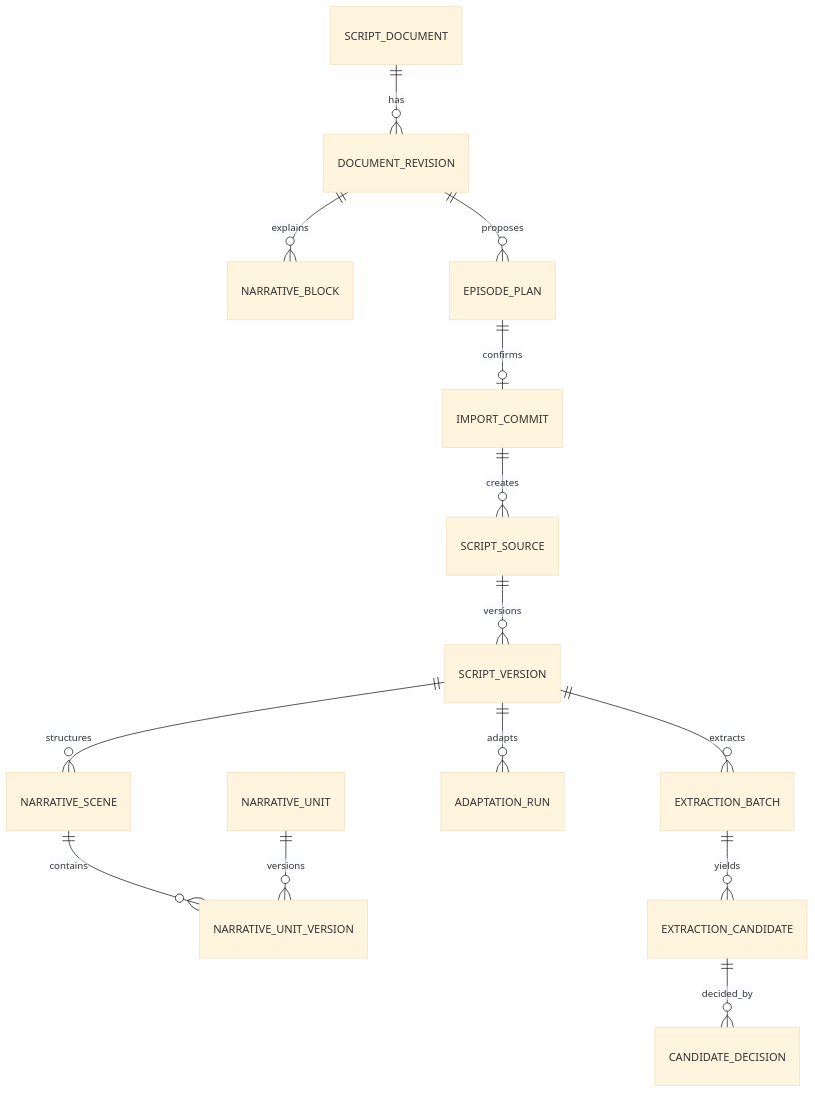
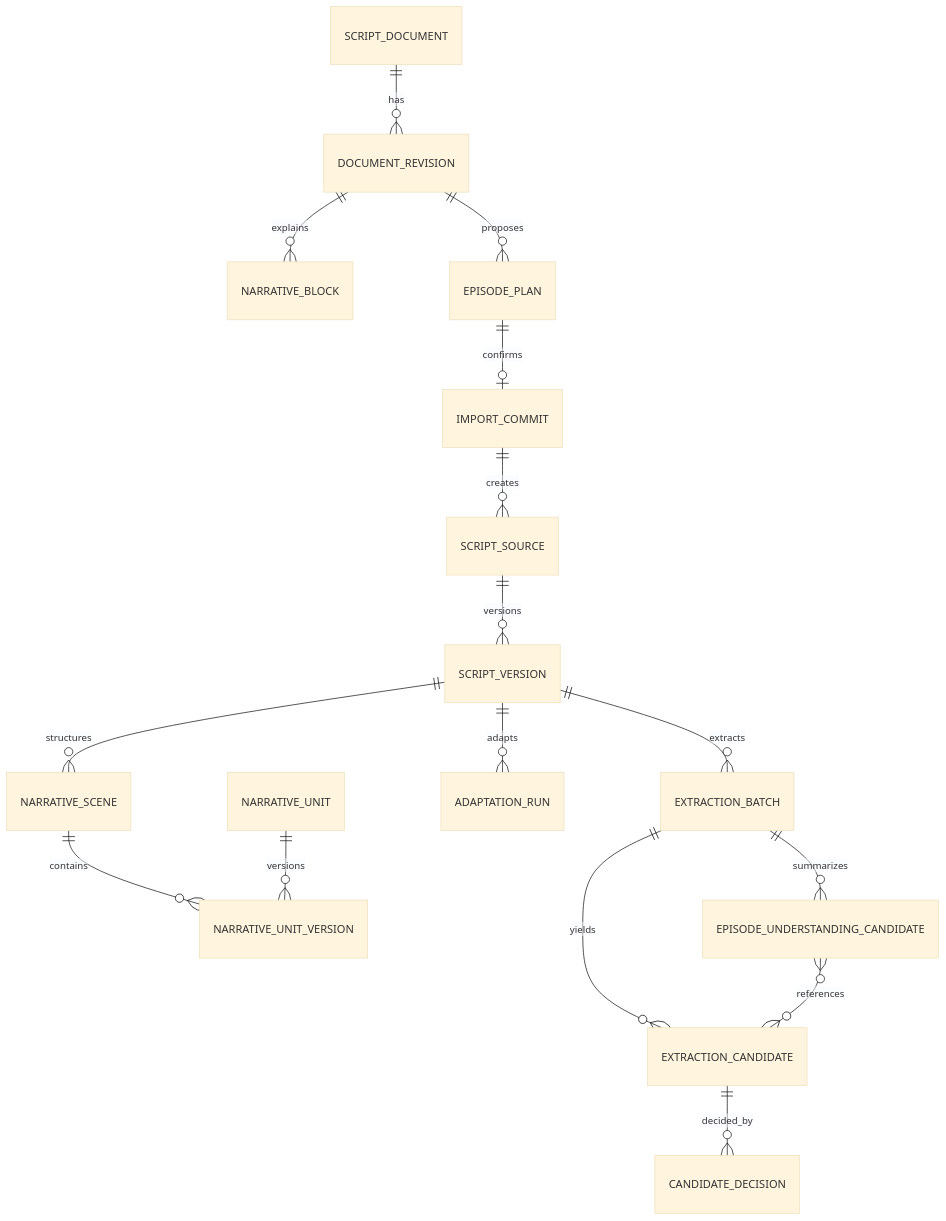
The first of 3 diagrams in docs/requirement/004-剧本分析与叙事结构需求.md (StephenQiu30/lanverse), drawn with Mermaid (base theme) before and after one commit. The commit also changed other lines of this file and 26 other files, not shown here.

```diff
--- a/docs/requirement/004-剧本分析与叙事结构需求.md
+++ b/docs/requirement/004-剧本分析与叙事结构需求.md
@@ -315,16 +331,18 @@
 ~~~mermaid
 erDiagram
     SCRIPT_DOCUMENT ||--o{ DOCUMENT_REVISION : has
     DOCUMENT_REVISION ||--o{ NARRATIVE_BLOCK : explains
     DOCUMENT_REVISION ||--o{ EPISODE_PLAN : proposes
     EPISODE_PLAN ||--o| IMPORT_COMMIT : confirms
     IMPORT_COMMIT ||--o{ SCRIPT_SOURCE : creates
     SCRIPT_SOURCE ||--o{ SCRIPT_VERSION : versions
     SCRIPT_VERSION ||--o{ NARRATIVE_SCENE : structures
     NARRATIVE_SCENE ||--o{ NARRATIVE_UNIT_VERSION : contains
     NARRATIVE_UNIT ||--o{ NARRATIVE_UNIT_VERSION : versions
     SCRIPT_VERSION ||--o{ ADAPTATION_RUN : adapts
     SCRIPT_VERSION ||--o{ EXTRACTION_BATCH : extracts
+    EXTRACTION_BATCH ||--o{ EPISODE_UNDERSTANDING_CANDIDATE : summarizes
     EXTRACTION_BATCH ||--o{ EXTRACTION_CANDIDATE : yields
+    EPISODE_UNDERSTANDING_CANDIDATE }o--o{ EXTRACTION_CANDIDATE : references
     EXTRACTION_CANDIDATE ||--o{ CANDIDATE_DECISION : decided_by
 ~~~
```
